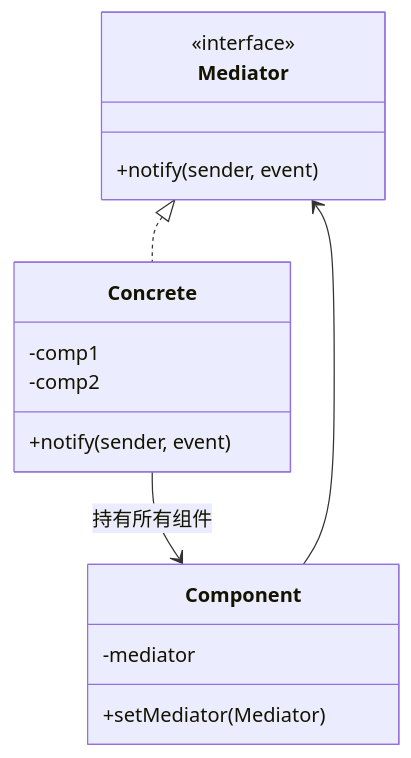
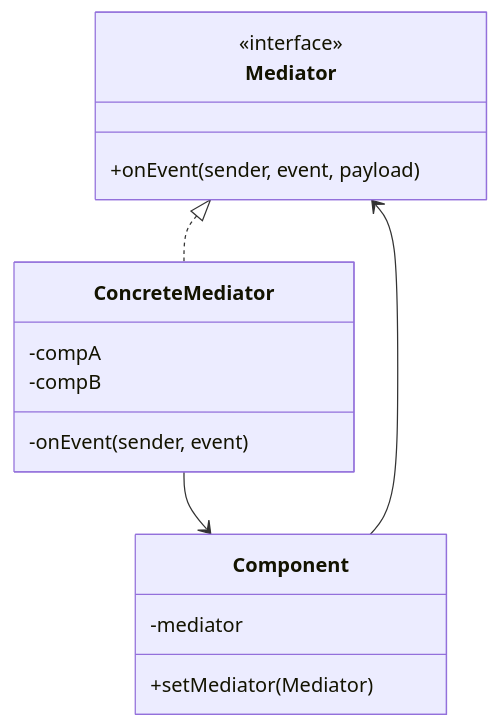
The third of 6 diagrams in docs/08.编程/03.巧学设计模式/21.中介者模式设计思想.md (chongyang211/YCBookBlog), drawn with Mermaid before and after one commit. The commit also changed other lines of this file and 13 other files, not shown here.

````diff
--- a/docs/08.编程/03.巧学设计模式/21.中介者模式设计思想.md
+++ b/docs/08.编程/03.巧学设计模式/21.中介者模式设计思想.md
@@ -261,19 +343,19 @@
 ```mermaid
 classDiagram
     class Mediator {
         <<interface>>
-        +notify(sender, event)
+        +onEvent(sender, event, payload)
     }
-    class Concrete {
-        +notify(sender, event)
-        -comp1
-        -comp2
+    class ConcreteMediator {
+        -compA
+        -compB
+        -onEvent(sender, event)
     }
     class Component {
         -mediator
         +setMediator(Mediator)
     }
-    Mediator <|.. Concrete
+    Mediator <|.. ConcreteMediator
     Component --> Mediator
-    Concrete --> Component : 持有所有组件
+    ConcreteMediator --> Component
 ```
````
